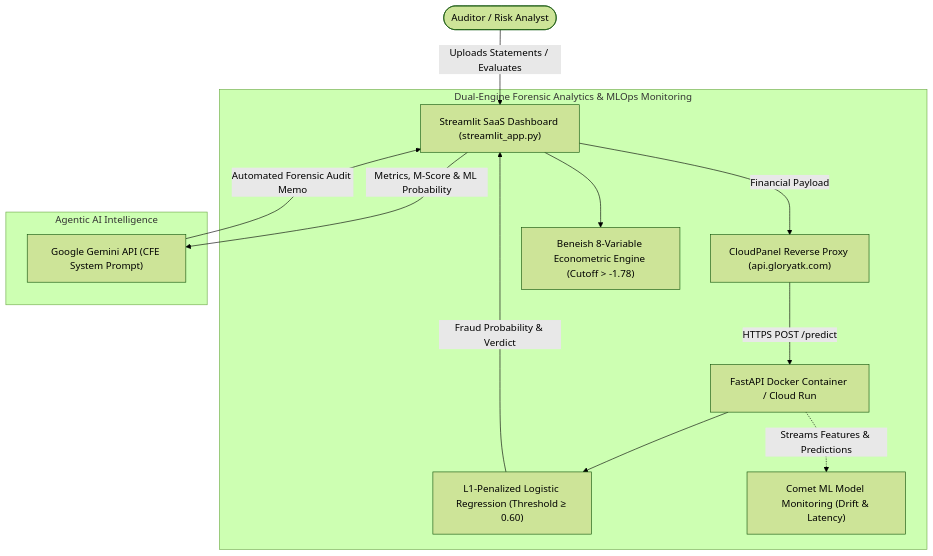
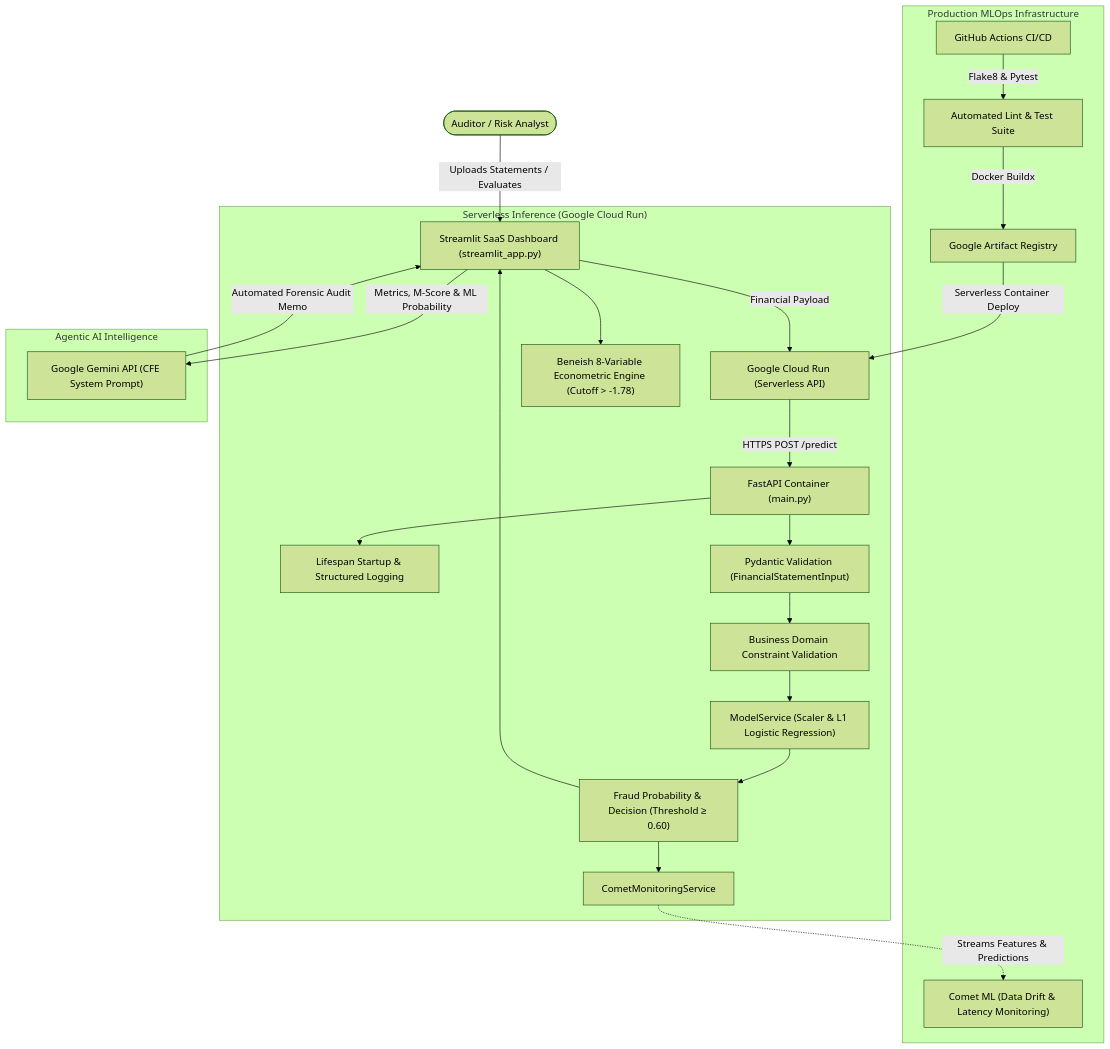
The first of 2 diagrams in README.md (Ipanpanpan/Financial-Statement-Fraud-Detection), drawn with Mermaid (forest theme) before and after one commit. The commit also changed other lines of this file and 1 other file, not shown here.

Commit message:
docs: Update README.md and Streamlit app for Cloud Run deployment and Comet ML integration

````diff
--- a/README.md
+++ b/README.md
@@ -20,19 +29,30 @@
 ```mermaid
 flowchart TD
     User([Auditor / Risk Analyst]) -->|Uploads Statements / Evaluates| UI["Streamlit SaaS Dashboard (streamlit_app.py)"]
     
-    subgraph "Dual-Engine Forensic Analytics & MLOps Monitoring"
-        UI -->|Financial Payload| Proxy["CloudPanel Reverse Proxy (api.gloryatk.com)"]
-        Proxy -->|HTTPS POST /predict| API["FastAPI Docker Container / Cloud Run"]
-        API --> Model["L1-Penalized Logistic Regression (Threshold ≥ 0.60)"]
-        Model -->|Fraud Probability & Verdict| UI
-        API -.->|Streams Features & Predictions| Comet["Comet ML Model Monitoring (Drift & Latency)"]
+    subgraph "Serverless Inference (Google Cloud Run)"
+        UI -->|Financial Payload| CloudRun["Google Cloud Run (Serverless API)"]
+        CloudRun -->|HTTPS POST /predict| API["FastAPI Container (main.py)"]
+        API --> Lifespan["Lifespan Startup & Structured Logging"]
+        API --> Pydantic["Pydantic Validation (FinancialStatementInput)"]
+        Pydantic --> BusinessRules["Business Domain Constraint Validation"]
+        BusinessRules --> ModelSvc["ModelService (Scaler & L1 Logistic Regression)"]
+        ModelSvc --> Predictions["Fraud Probability & Decision (Threshold ≥ 0.60)"]
+        Predictions --> MonitoringSvc["CometMonitoringService"]
+        Predictions --> UI
         
         UI --> Beneish["Beneish 8-Variable Econometric Engine (Cutoff > -1.78)"]
+    end
+    
+    subgraph "Production MLOps Infrastructure"
+        MonitoringSvc -.->|Streams Features & Predictions| Comet["Comet ML (Data Drift & Latency Monitoring)"]
+        GitHubActions["GitHub Actions CI/CD"] -->|Flake8 & Pytest| Tests["Automated Lint & Test Suite"]
+        Tests -->|Docker Buildx| ArtifactRegistry["Google Artifact Registry"]
+        ArtifactRegistry -->|Serverless Container Deploy| CloudRun
     end
     
     subgraph "Agentic AI Intelligence"
         UI -->|Metrics, M-Score & ML Probability| Gemini["Google Gemini API (CFE System Prompt)"]
         Gemini -->|Automated Forensic Audit Memo| UI
     end
 ```
````
